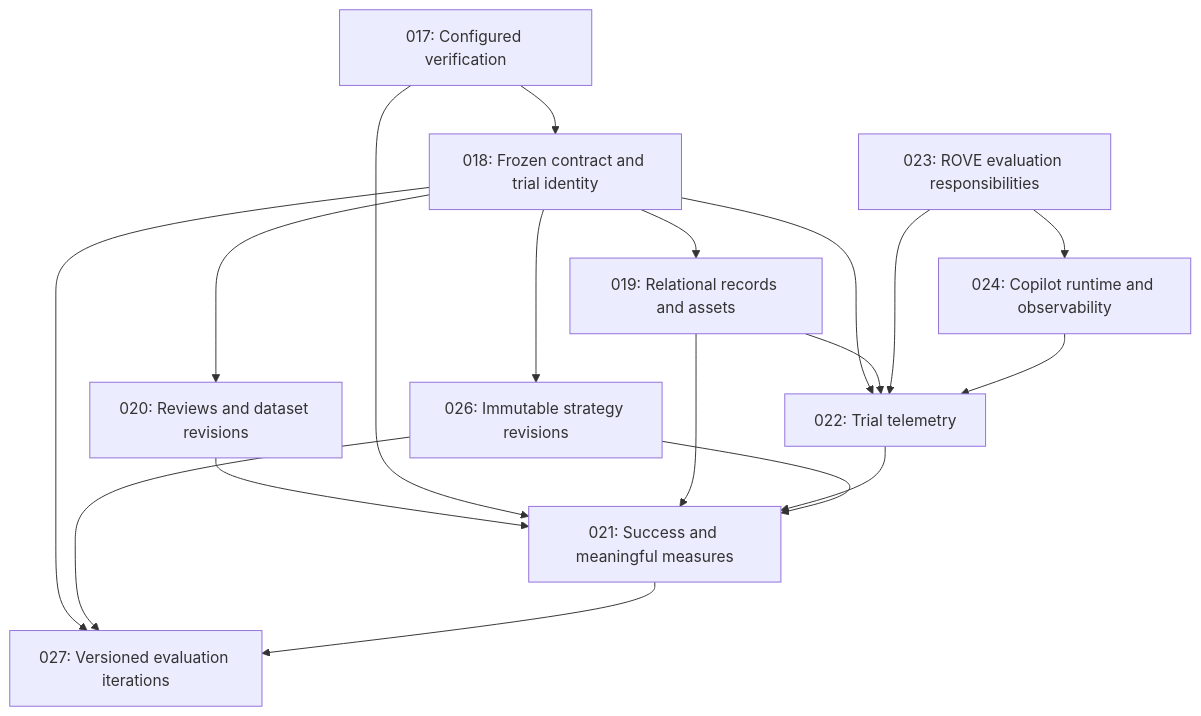
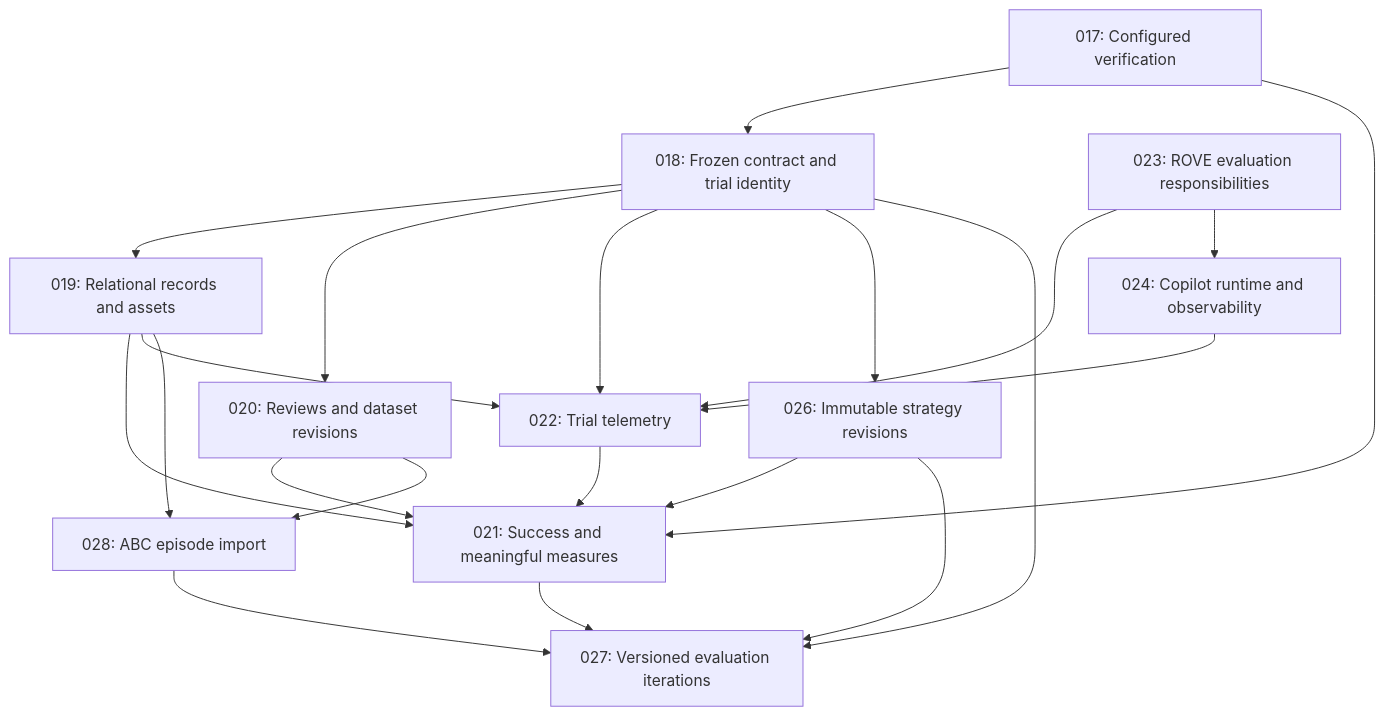
One commit to niksacdev/rove changed the diagram in docs/architecture/README.md. Above: the diagram before and after it, drawn with Mermaid. The commit also changed other lines of this file and 22 other files, not shown here.

````diff
--- a/docs/architecture/README.md
+++ b/docs/architecture/README.md
@@ -25,20 +26,23 @@
 ```mermaid
 flowchart TD
     V[017: Configured verification] --> C[018: Frozen contract and trial identity]
     C --> S[019: Relational records and assets]
     C --> H[020: Reviews and dataset revisions]
     H --> M[021: Success and meaningful measures]
     V --> M
     S --> M
     C --> T[022: Trial telemetry]
     S --> T
     T --> M
     E[023: ROVE evaluation responsibilities] --> T
     R[024: Copilot runtime and observability] --> T
     E --> R
     C --> K[026: Immutable strategy revisions]
     K --> M
     C --> J[027: Versioned evaluation iterations]
     K --> J
     M --> J
+    S --> A[028: ABC episode import]
+    H --> A
+    A --> J
 ```
````
